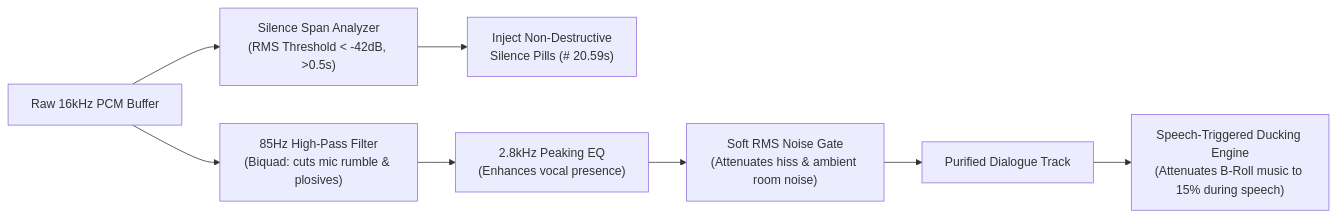
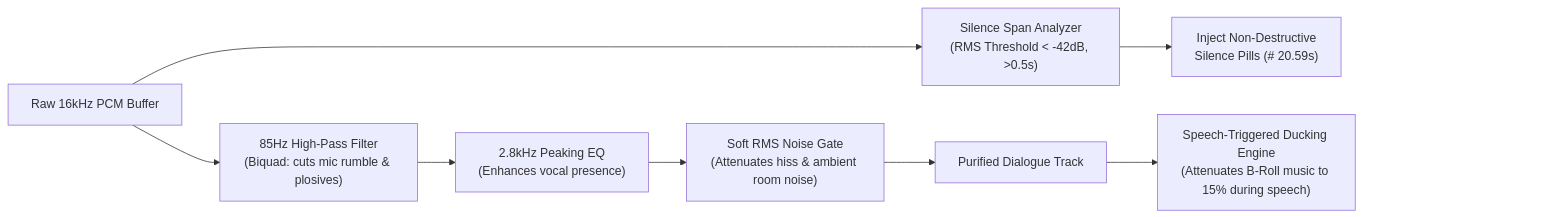
Before and after one commit to aksjc2023-code/scarlet-rewrite: the third of 4 diagrams in README.md, drawn with Mermaid. The commit also changed other lines of this file, not shown here.

Commit message:
docs: add invisible right margin spacers to all Mermaid workflow diagrams to prevent GitHub interactive buttons from overlapping content

````diff
--- a/README.md
+++ b/README.md
@@ -191,12 +198,16 @@
 ```mermaid
 flowchart LR
     RawPCM["Raw 16kHz PCM Buffer"] --> SilenceDetector["Silence Span Analyzer\n(RMS Threshold < -42dB, >0.5s)"]
     SilenceDetector --> SilenceTokens["Inject Non-Destructive\nSilence Pills (# 20.59s)"]
     
     RawPCM --> HPF["85Hz High-Pass Filter\n(Biquad: cuts mic rumble & plosives)"]
     HPF --> PeakingEQ["2.8kHz Peaking EQ\n(Enhances vocal presence)"]
     PeakingEQ --> NoiseGate["Soft RMS Noise Gate\n(Attenuates hiss & ambient room noise)"]
     NoiseGate --> PurifiedDialogue["Purified Dialogue Track"]
     
     PurifiedDialogue --> DuckingEngine["Speech-Triggered Ducking Engine\n(Attenuates B-Roll music to 15% during speech)"]
+
+    SilenceTokens ~~~ Pad2["&nbsp;&nbsp;&nbsp;&nbsp;&nbsp;&nbsp;&nbsp;&nbsp;&nbsp;&nbsp;&nbsp;&nbsp;&nbsp;&nbsp;&nbsp;&nbsp;&nbsp;&nbsp;&nbsp;&nbsp;&nbsp;&nbsp;&nbsp;&nbsp;&nbsp;&nbsp;&nbsp;&nbsp;&nbsp;&nbsp;&nbsp;&nbsp;"]
+    DuckingEngine ~~~ Pad2
+    style Pad2 fill:none,stroke:none,color:none
 ```
````
